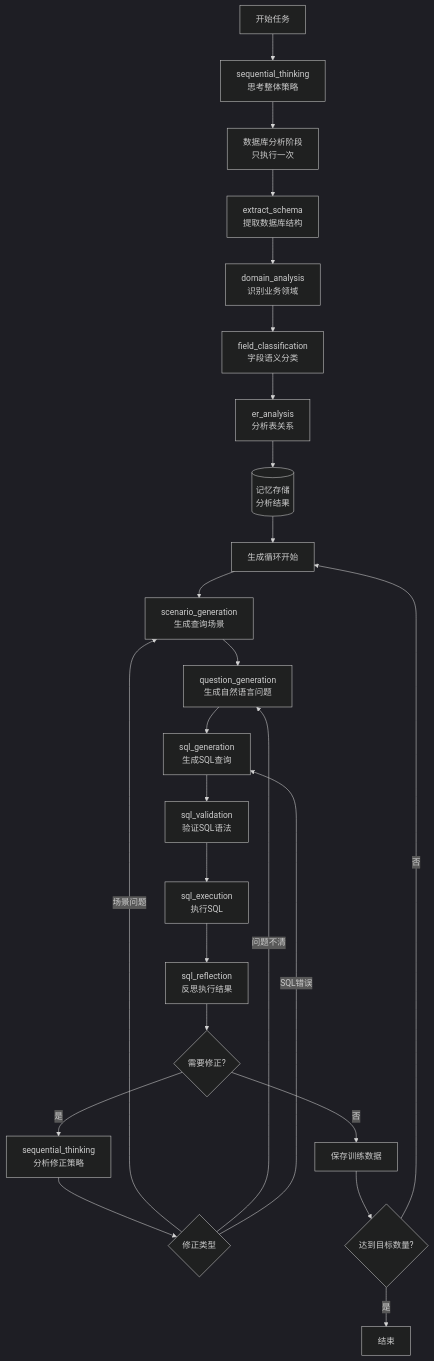
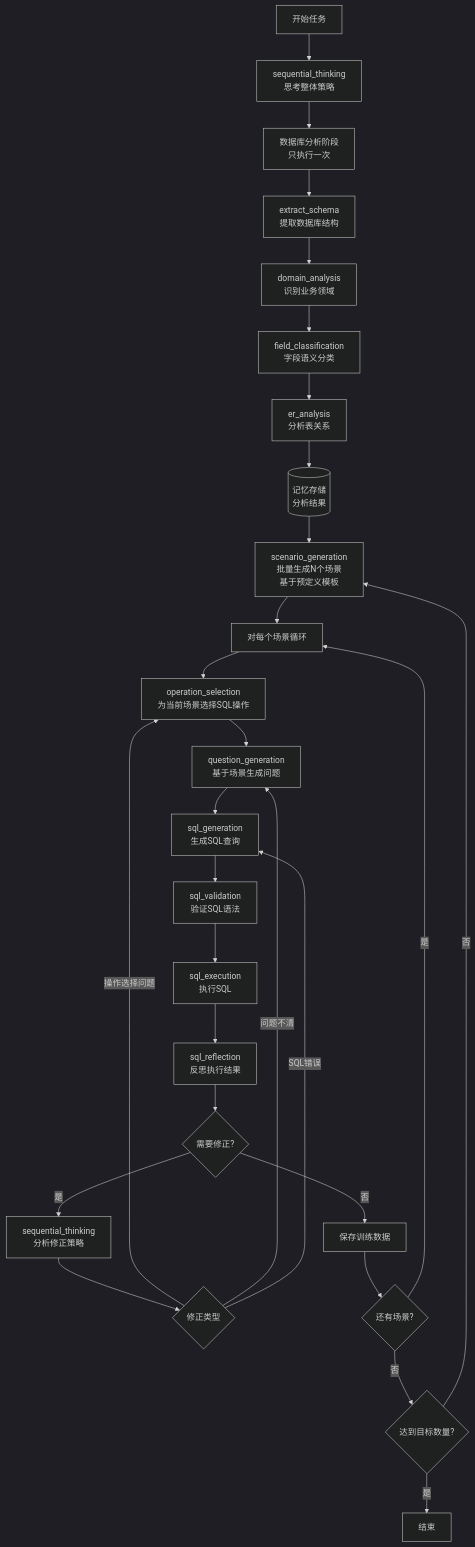
The diagram in semanticsql-agent/.doc/semanticsql-agent_DESIGN_SPEC.md (lizhenping/SemanticSQL-Agent), drawn with Mermaid (dark theme) before and after one commit. The commit also changed other lines of this file, not shown here.

Commit message:
Update design spec with improved scenario generation and processing flow

````diff
--- a/semanticsql-agent/.doc/semanticsql-agent_DESIGN_SPEC.md
+++ b/semanticsql-agent/.doc/semanticsql-agent_DESIGN_SPEC.md
@@ -70,32 +70,36 @@
 ```mermaid
 graph TB
     Start[开始任务] --> Think1[sequential_thinking<br/>思考整体策略]
     Think1 --> Analyze[数据库分析阶段<br/>只执行一次]
     
     Analyze --> Schema[extract_schema<br/>提取数据库结构]
     Schema --> Domain[domain_analysis<br/>识别业务领域]
     Domain --> Field[field_classification<br/>字段语义分类]
     Field --> ER[er_analysis<br/>分析表关系]
     ER --> Memory[(记忆存储<br/>分析结果)]
     
-    Memory --> GenLoop[生成循环开始]
-    GenLoop --> Scenario[scenario_generation<br/>生成查询场景]
-    Scenario --> Question[question_generation<br/>生成自然语言问题]
+    Memory --> ScenarioBatch[scenario_generation<br/>批量生成N个场景<br/>基于预定义模板]
+    
+    ScenarioBatch --> ScenarioLoop[对每个场景循环]
+    ScenarioLoop --> Operation[operation_selection<br/>为当前场景选择SQL操作]
+    Operation --> Question[question_generation<br/>基于场景生成问题]
     Question --> SQL[sql_generation<br/>生成SQL查询]
     SQL --> Validate[sql_validation<br/>验证SQL语法]
     Validate --> Execute[sql_execution<br/>执行SQL]
     Execute --> Reflect[sql_reflection<br/>反思执行结果]
     
     Reflect --> Judge{需要修正?}
     Judge -->|否| Save[保存训练数据]
     Judge -->|是| ThinkFix[sequential_thinking<br/>分析修正策略]
     
     ThinkFix --> FixType{修正类型}
-    FixType -->|场景问题| Scenario
+    FixType -->|操作选择问题| Operation
     FixType -->|问题不清| Question
     FixType -->|SQL错误| SQL
     
-    Save --> CheckCount{达到目标数量?}
-    CheckCount -->|否| GenLoop
+    Save --> NextScenario{还有场景?}
+    NextScenario -->|是| ScenarioLoop
+    NextScenario -->|否| CheckCount{达到目标数量?}
+    CheckCount -->|否| ScenarioBatch
     CheckCount -->|是| End[结束]
 ```
````
